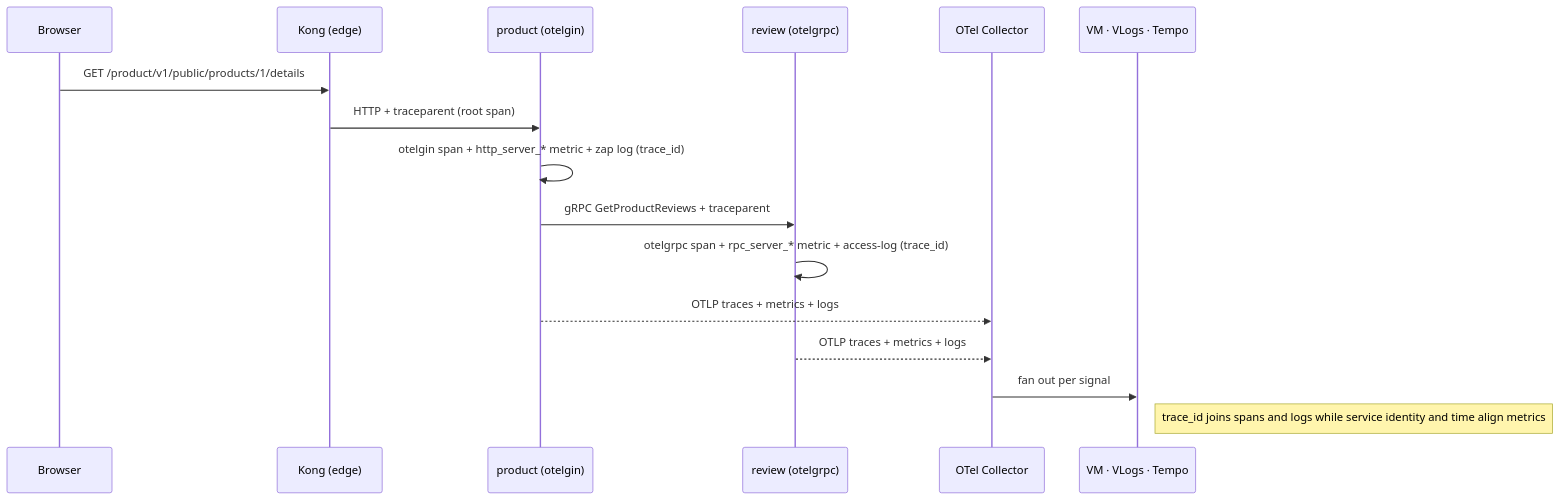
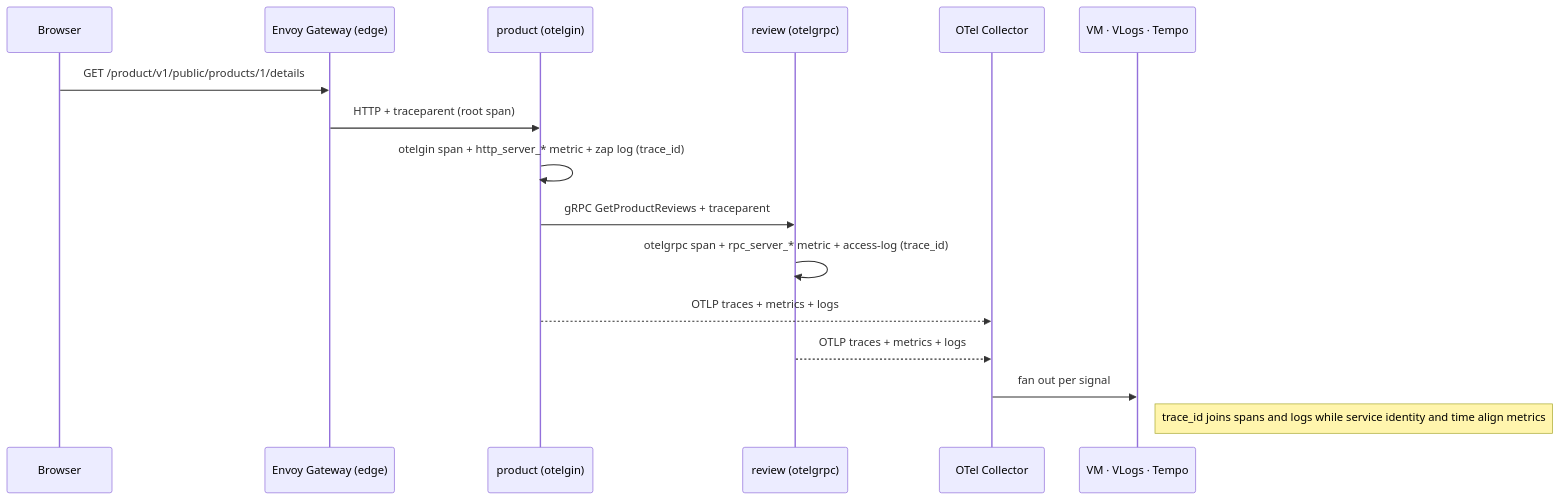
Before and after one commit to duynhlab/homelab: the eighth of 8 diagrams in docs/observability/opentelemetry/fundamentals.md, drawn with Mermaid. The commit also changed other lines of this file and 30 other files, not shown here.

````diff
--- a/docs/observability/opentelemetry/fundamentals.md
+++ b/docs/observability/opentelemetry/fundamentals.md
@@ -457,18 +460,18 @@
 ```mermaid
 sequenceDiagram
     participant U as Browser
-    participant K as Kong (edge)
+    participant K as Envoy Gateway (edge)
     participant A as product (otelgin)
     participant R as review (otelgrpc)
     participant C as OTel Collector
     participant B as VM · VLogs · Tempo
     U->>K: GET /product/v1/public/products/1/details
     K->>A: HTTP + traceparent (root span)
     A->>A: otelgin span + http_server_* metric + zap log (trace_id)
     A->>R: gRPC GetProductReviews + traceparent
     R->>R: otelgrpc span + rpc_server_* metric + access-log (trace_id)
     A-->>C: OTLP traces + metrics + logs
     R-->>C: OTLP traces + metrics + logs
     C->>B: fan out per signal
     Note right of B: trace_id joins spans and logs while service identity and time align metrics
 ```
````
